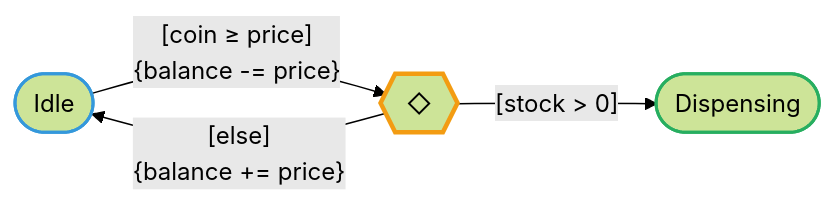
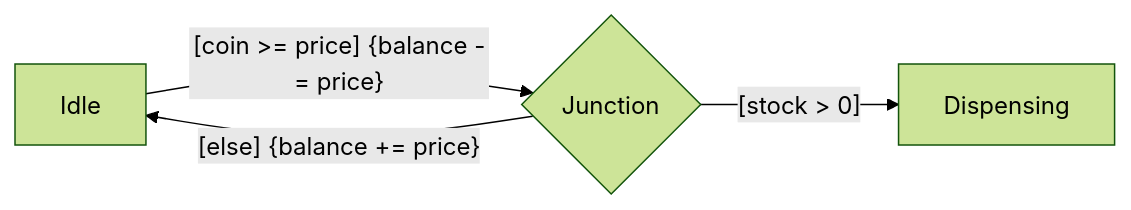
The third of 3 diagrams in _posts/2026-07-14-stateflow-condition-action-vs-transition-action.md (genie4youu/genie4youu.github.io), drawn with Mermaid (forest theme) before and after one commit. The commit also changed other lines of this file and 13 other files, not shown here.

First line of the commit message:
﻿전면 손질: 제목 변경, AI 티 나는 표현 제거, 다이어그램 재작성

````diff
--- a/_posts/2026-07-14-stateflow-condition-action-vs-transition-action.md
+++ b/_posts/2026-07-14-stateflow-condition-action-vs-transition-action.md
@@ -156,10 +110,6 @@
 ```mermaid
 flowchart LR
-    I(["Idle"]) -->|"[coin ≥ price]<br/>{balance -= price}"| J{{"◇"}}
-    J -->|"[stock > 0]"| D(["Dispensing"])
-    J -->|"[else]<br/>{balance += price}"| I
-
-    style I stroke:#3498db,stroke-width:2px
-    style J stroke:#f39c12,stroke-width:3px
-    style D stroke:#27ae60,stroke-width:2px
+    I[Idle] -->|"[coin >= price] {balance -= price}"| J{Junction}
+    J -->|"[stock > 0]"| D[Dispensing]
+    J -->|"[else] {balance += price}"| I
 ```
````
